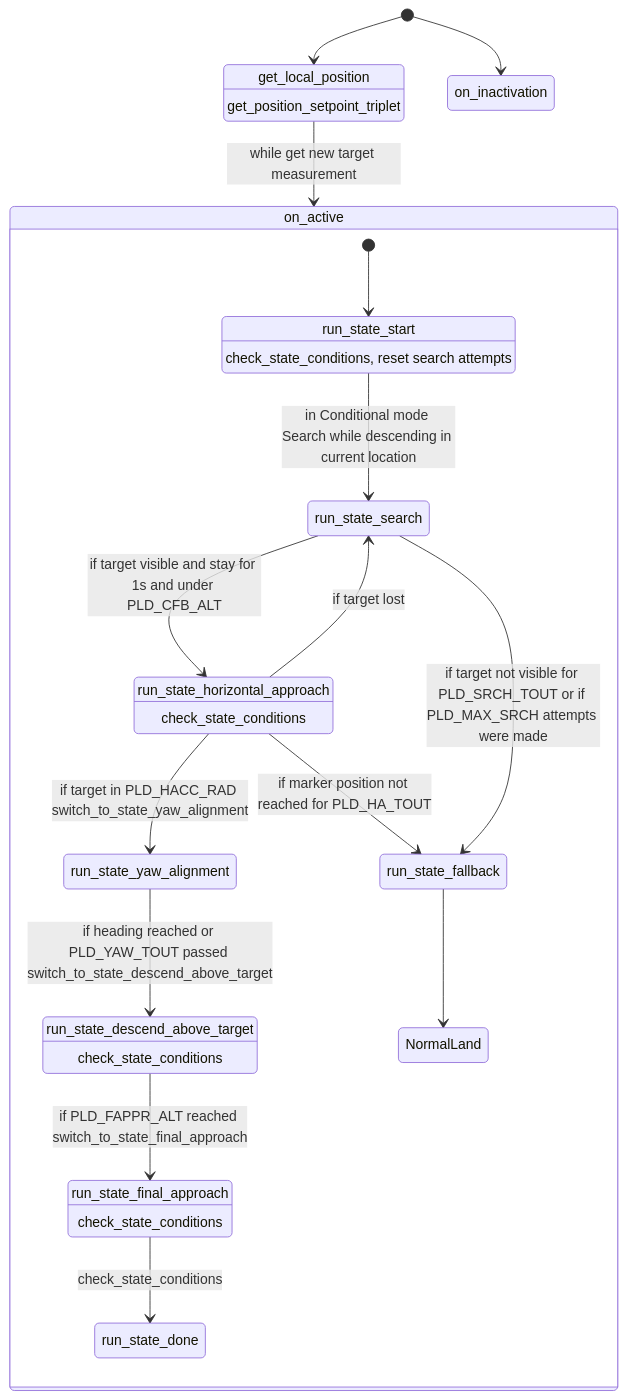
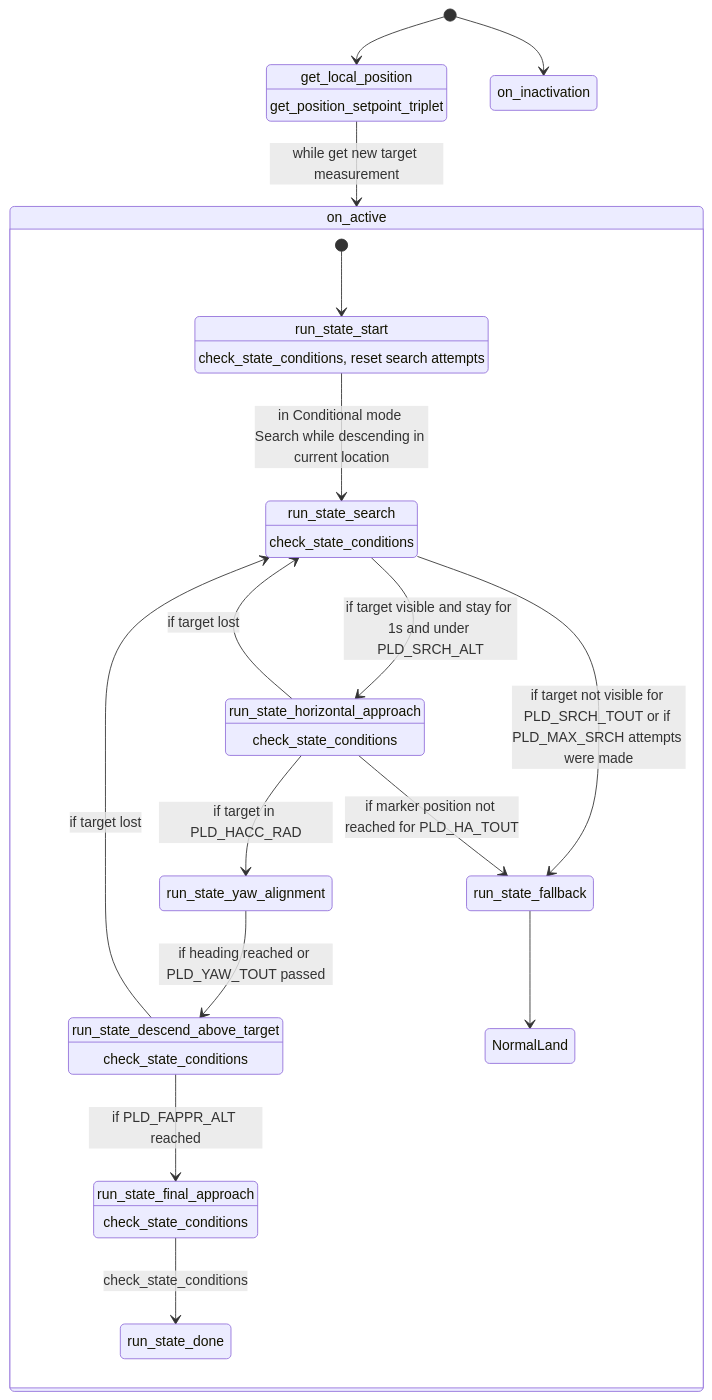
The diagram in source/precland/precland_state_machine.mmd (coccobas/DocuConversionNotion), drawn with Mermaid before and after one commit.

Commit message:
update simplified precland state machine

```diff
--- a/source/precland/precland_state_machine.mmd
+++ b/source/precland/precland_state_machine.mmd
@@ -1,52 +1,55 @@
 stateDiagram-v2
 
      [*] --> on_activation
      [*] --> on_inactivation
 
      on_activation: get_local_position
      on_activation: get_position_setpoint_triplet
 
      on_activation --> on_active : while get new target measurement
 
 
      State on_active {
 
-         [*] --> start
-         State start
-             start: run_state_start
+        [*] --> start
+        State start
+            start: run_state_start
+        State HorizontalApproach
+            HorizontalApproach: run_state_horizontal_approach
+        State DescendAboveTarget
+            DescendAboveTarget: run_state_descend_above_target
+        State FinalApproach
+            FinalApproach: run_state_final_approach
+        State Search
+            Search: run_state_search
+        State Fallback
+            Fallback: run_state_fallback
+        State YawAlignment
+            YawAlignment: run_state_yaw_alignment
+        State Done
+            Done: run_state_done
 
-         State HorizontalApproach
-             HorizontalApproach: run_state_horizontal_approach
-         State DescendAboveTarget
-             DescendAboveTarget: run_state_descend_above_target
-         State FinalApproach
-             FinalApproach: run_state_final_approach
-         State DescendWhileSearch
-             DescendWhileSearch: run_state_search
-         State Fallback
-             Fallback: run_state_fallback
-         State YawAlignment
-             YawAlignment: run_state_yaw_alignment
-         State Done
-             Done: run_state_done
+        start : check_state_conditions, reset search attempts
 
-         start : check_state_conditions, reset search attempts
-         HorizontalApproach : check_state_conditions
-         DescendAboveTarget: check_state_conditions
-         FinalApproach: check_state_conditions
+        start --> Search: in Conditional mode Search while descending in current location
+        Search --> HorizontalApproach: if target visible and stay for 1s and under PLD_SRCH_ALT
+        Search --> Fallback: if target not visible for PLD_SRCH_TOUT or if PLD_MAX_SRCH attempts were made
 
-         HorizontalApproach --> YawAlignment: if target in PLD_HACC_RAD switch_to_state_yaw_alignment
-         HorizontalApproach --> Fallback: if marker position not reached for PLD_HA_TOUT
-         HorizontalApproach --> DescendWhileSearch : if target lost
+        Search: check_state_conditions
+        HorizontalApproach : check_state_conditions
+        DescendAboveTarget: check_state_conditions
+        FinalApproach: check_state_conditions
 
-         YawAlignment --> DescendAboveTarget: if heading reached or PLD_YAW_TOUT passed switch_to_state_descend_above_target
+        HorizontalApproach --> YawAlignment: if target in PLD_HACC_RAD
+        HorizontalApproach --> Fallback: if marker position not reached for PLD_HA_TOUT
+        HorizontalApproach --> Search : if target lost
 
-         DescendAboveTarget --> FinalApproach : if PLD_FAPPR_ALT reached switch_to_state_final_approach
-         FinalApproach --> Done : check_state_conditions
+        YawAlignment --> DescendAboveTarget: if heading reached or PLD_YAW_TOUT passed
 
-         Fallback --> NormalLand
+        DescendAboveTarget --> FinalApproach : if PLD_FAPPR_ALT reached
+        DescendAboveTarget --> Search: if target lost
+        FinalApproach --> Done : check_state_conditions
 
-         start --> DescendWhileSearch: in Conditional mode Search while descending in current location 
-         DescendWhileSearch --> HorizontalApproach: if target visible and stay for 1s and under PLD_CFB_ALT
-         DescendWhileSearch --> Fallback: if target not visible for PLD_SRCH_TOUT or if PLD_MAX_SRCH attempts were made
-     }
+        Fallback --> NormalLand
+
+        }
```
